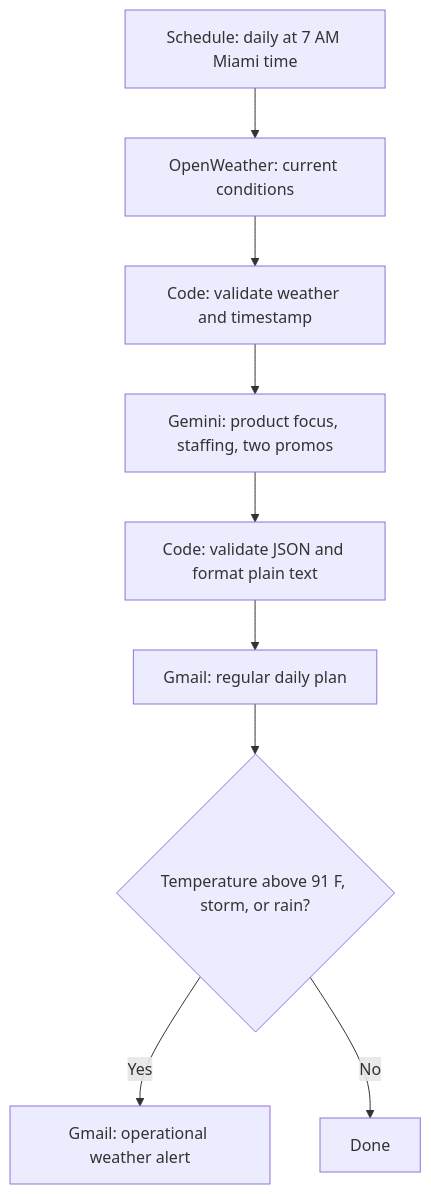
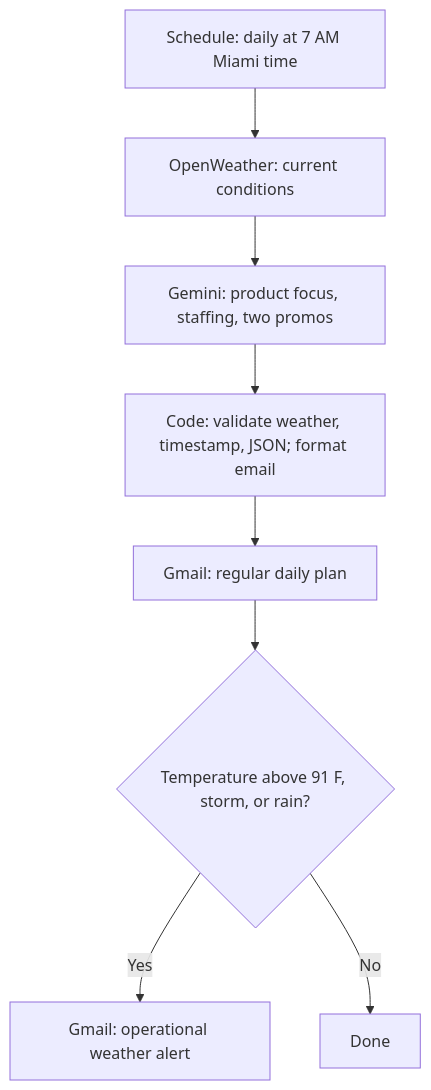
The diagram in projects/weather-based-sales-staffing/README.md (JasonTeixeira/tripleten-ai-automation-portfolio), drawn with Mermaid before and after one commit. The commit also changed other lines of this file and 18 other files, not shown here.

````diff
--- a/projects/weather-based-sales-staffing/README.md
+++ b/projects/weather-based-sales-staffing/README.md
@@ -21,11 +21,10 @@
 ```mermaid
 flowchart TD
     A[Schedule: daily at 7 AM Miami time] --> B[OpenWeather: current conditions]
-    B --> C[Code: validate weather and timestamp]
-    C --> D[Gemini: product focus, staffing, two promos]
-    D --> E[Code: validate JSON and format plain text]
+    B --> D[Gemini: product focus, staffing, two promos]
+    D --> E[Code: validate weather, timestamp, JSON; format email]
     E --> F[Gmail: regular daily plan]
     F --> G{Temperature above 91 F, storm, or rain?}
     G -->|Yes| H[Gmail: operational weather alert]
     G -->|No| I[Done]
 ```
````
